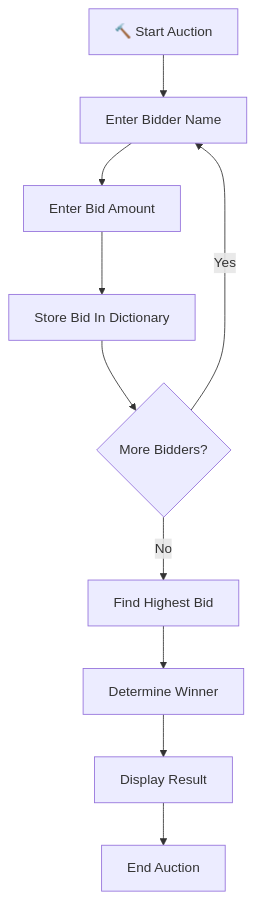
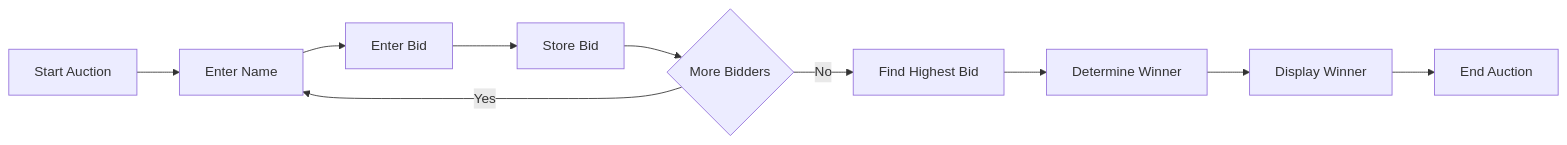
The diagram in README.md (just-prem22/secret-auction-python), drawn with Mermaid before and after one commit.

Commit message:
Update auction workflow diagram and formatting

````diff
--- a/README.md
+++ b/README.md
@@ -93,21 +93,15 @@
 ```mermaid
-flowchart TD
+flowchart LR
+    A[Start Auction] --> B[Enter Name]
+    B --> C[Enter Bid]
+    C --> D[Store Bid]
 
-    A[🔨 Start Auction] --> B[Enter Bidder Name]
+    D --> E{More Bidders}
 
-    B --> C[Enter Bid Amount]
-
-    C --> D[Store Bid In Dictionary]
-
-    D --> E{More Bidders?}
-
-    E -->|Yes| B
-
-    E -->|No| F[Find Highest Bid]
+    E -- Yes --> B
+    E -- No --> F[Find Highest Bid]
 
     F --> G[Determine Winner]
-
-    G --> H[Display Result]
-
+    G --> H[Display Winner]
     H --> I[End Auction]
 ```
````
